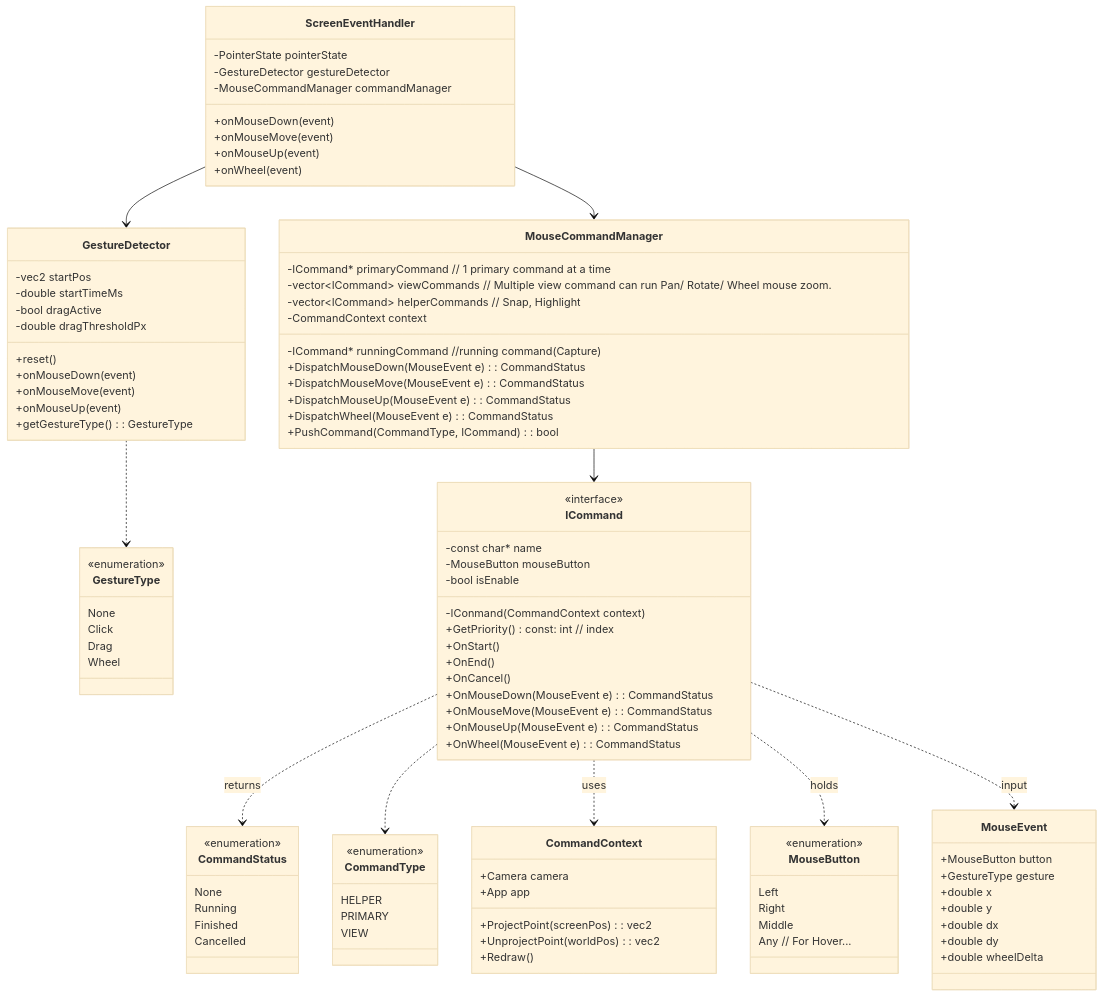
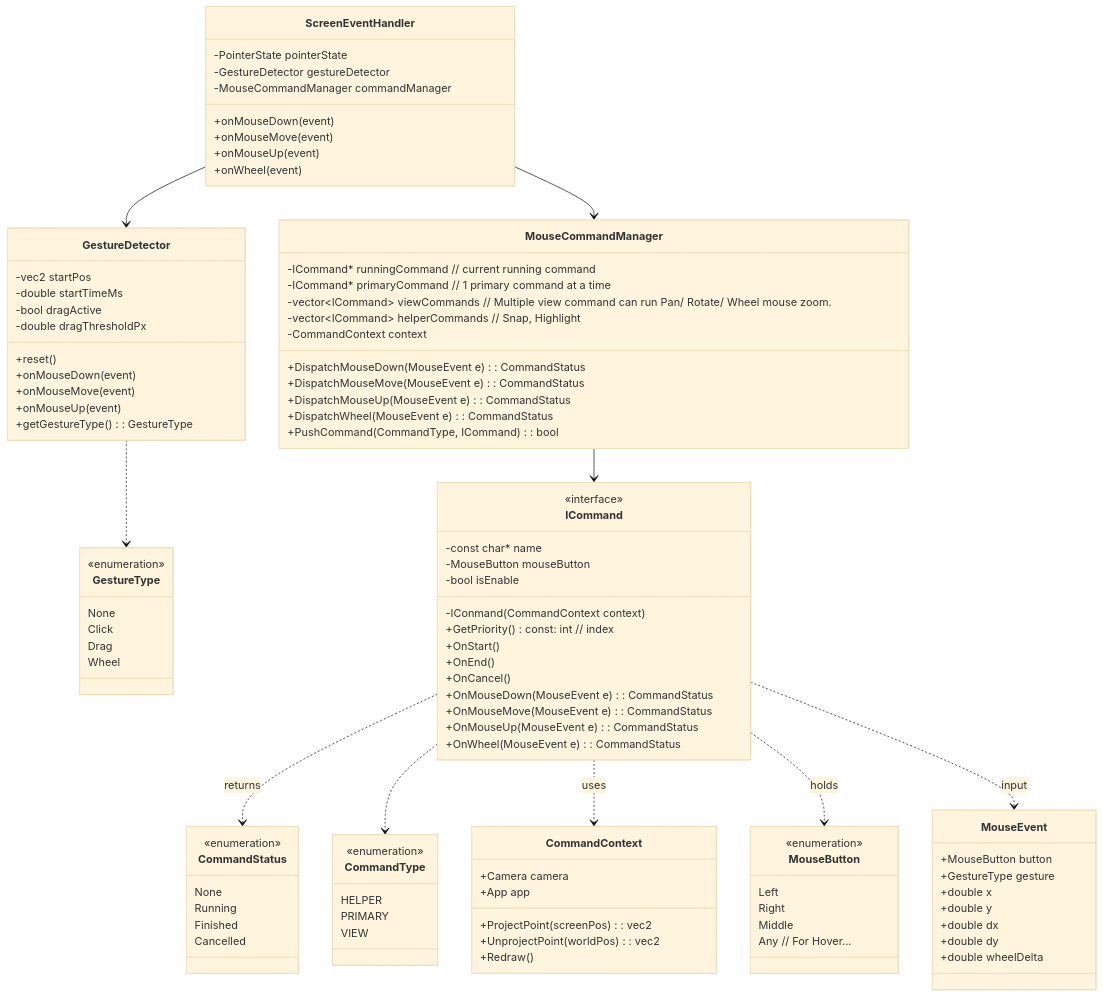
One commit to vfa-khaidt1/vfa-cdn changed the first of 3 diagrams in Final.md. Above: the diagram before and after it, drawn with Mermaid (base theme).

```diff
--- a/Final.md
+++ b/Final.md
@@ -89,7 +89,7 @@
 
 
     class MouseCommandManager {
-        -ICommand* runningCommand //running command (Capture)
+        -ICommand* runningCommand // current running command
         -ICommand* primaryCommand // 1 primary command at a time
         -vector~ICommand~ viewCommands // Multiple view command can run Pan/ Rotate/ Wheel mouse zoom.
         -vector~ICommand~ helperCommands // Snap, Highlight
```
